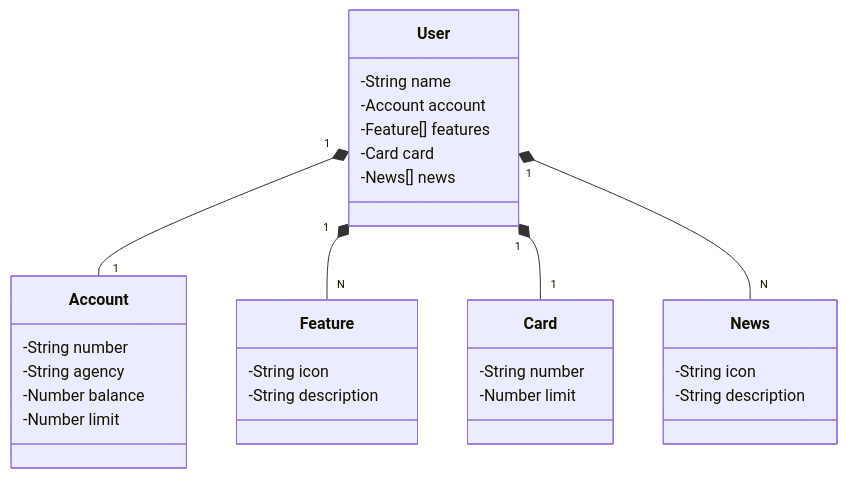
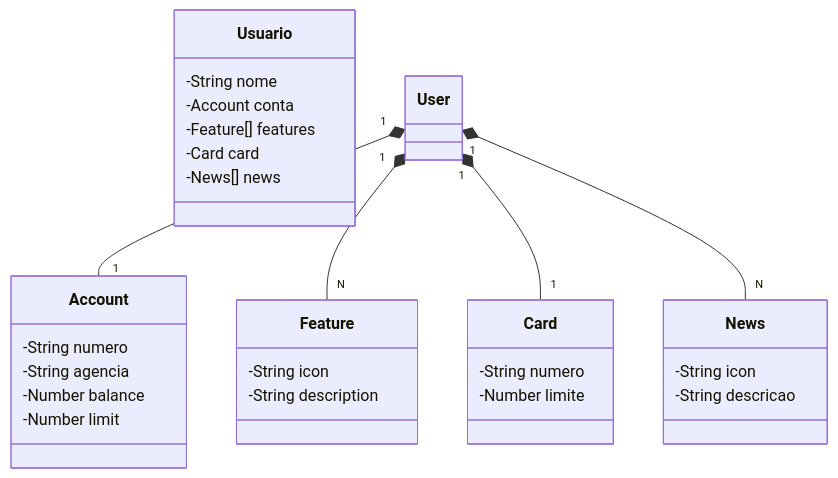
Before and after one commit to devt1981/santander-dev-week-2023: the diagram in README.md, drawn with Mermaid.

````diff
--- a/README.md
+++ b/README.md
@@ -6,37 +6,37 @@
 ```mermaid
 classDiagram
-  class User {
-    -String name
-    -Account account
+  class Usuario {
+    -String nome
+    -Account conta
     -Feature[] features
     -Card card
     -News[] news
   }
 
   class Account {
-    -String number
-    -String agency
+    -String numero
+    -String agencia
     -Number balance
     -Number limit
   }
 
   class Feature {
     -String icon
     -String description
   }
 
   class Card {
-    -String number
-    -Number limit
+    -String numero
+    -Number limite
   }
 
   class News {
     -String icon
-    -String description
+    -String descricao
   }
 
   User "1" *-- "1" Account
   User "1" *-- "N" Feature
   User "1" *-- "1" Card
   User "1" *-- "N" News
 ```
````
